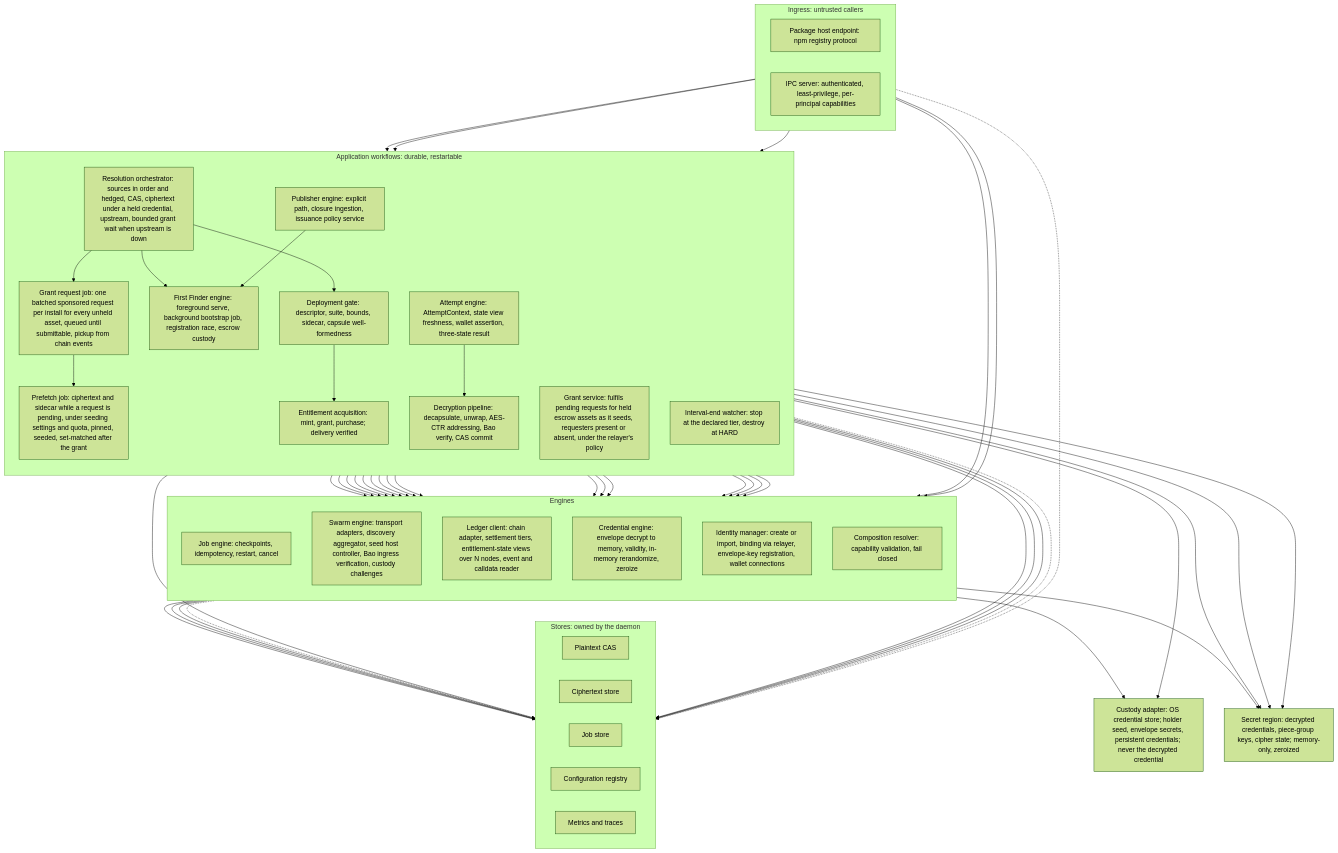
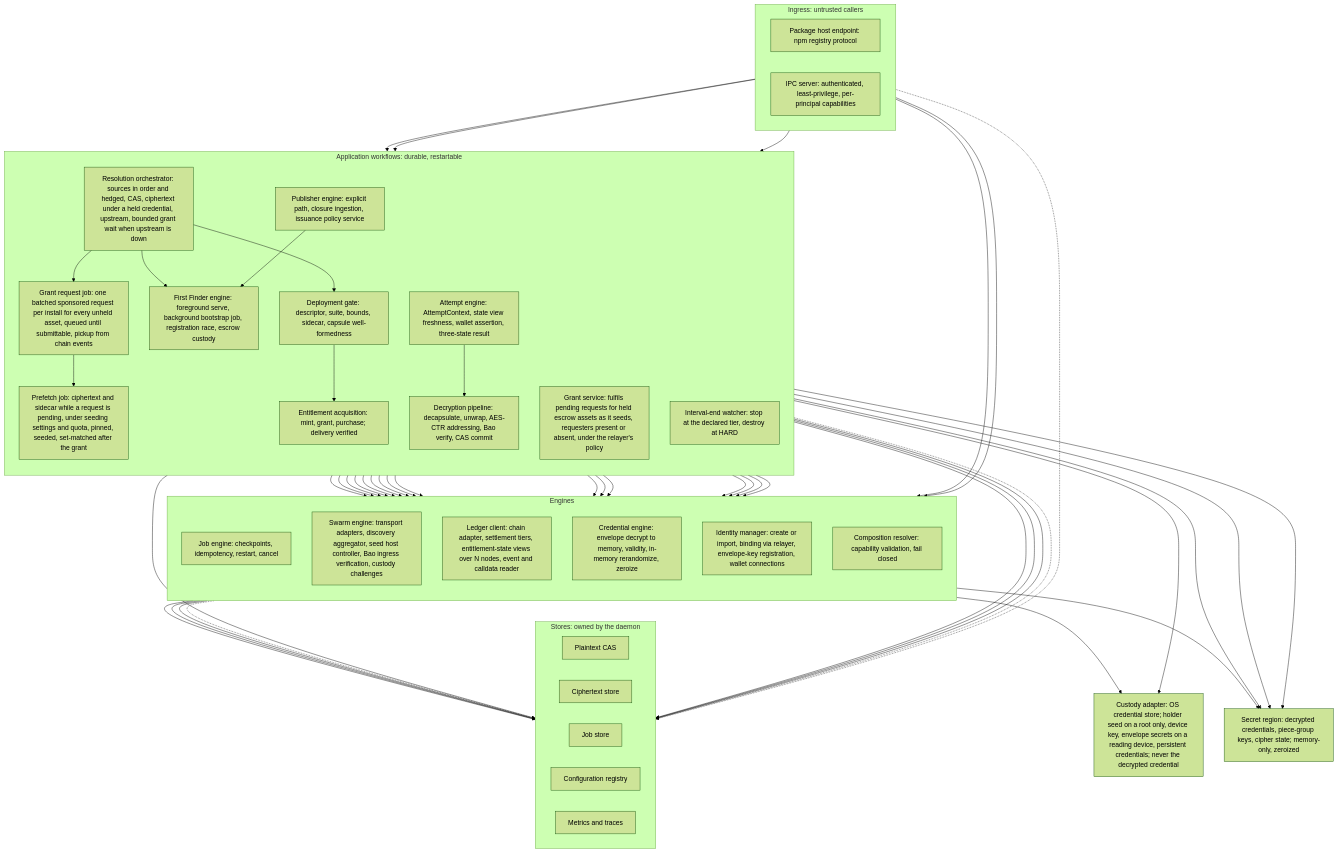
Before and after one commit to tsylvester/chaintorrent: the second of 4 diagrams in docs/project-planning/system-architecture.md, drawn with Mermaid (forest theme). The commit also changed other lines of this file and 15 other files, not shown here.

Commit message:
Correct key store update policy and device pairing method

```diff
--- a/docs/project-planning/system-architecture.md
+++ b/docs/project-planning/system-architecture.md
@@ -163,7 +163,7 @@
         metrics["Metrics and traces"]
     end
 
-    custody["Custody adapter: OS credential store; holder seed, envelope secrets, persistent credentials; never the decrypted credential"]
+    custody["Custody adapter: OS credential store; holder seed on a root only, device key, envelope secrets on a reading device, persistent credentials; never the decrypted credential"]
     secret["Secret region: decrypted credentials, piece-group keys, cipher state; memory-only, zeroized"]
 
     host --> resolve
```
